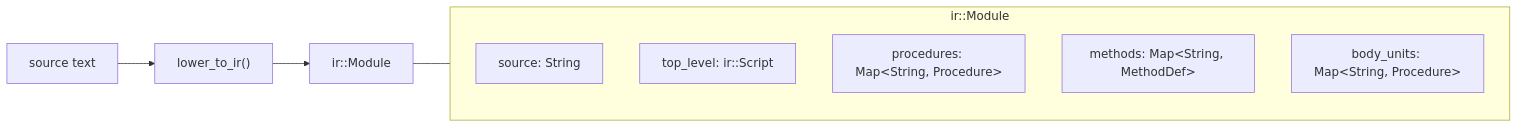
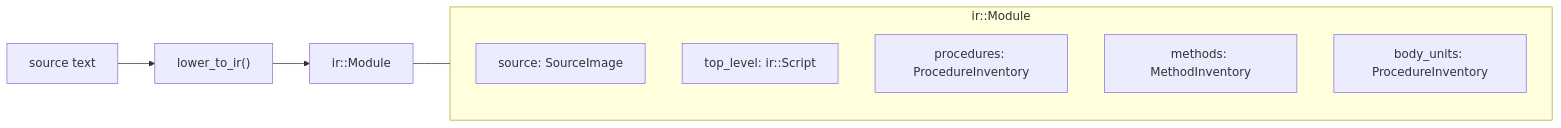
One commit to bitwisecook/tcl-lsp changed the sixth of 20 diagrams in docs/design/compiler/architecture.md. Above: the diagram before and after it, drawn with Mermaid. The commit also changed other lines of this file and 40 other files, not shown here.

````diff
--- a/docs/design/compiler/architecture.md
+++ b/docs/design/compiler/architecture.md
@@ -247,16 +247,16 @@
 ```mermaid
 flowchart LR
     SRC["source text"] --> LOW["lower_to_ir()"]
     LOW --> MOD["ir::Module"]
 
     subgraph ir::Module
         direction TB
-        SO["source: String"]
+        SO["source: SourceImage"]
         TL["top_level: ir::Script"]
-        PD["procedures: Map&lt;String, Procedure&gt;"]
-        ME["methods: Map&lt;String, MethodDef&gt;"]
-        BU["body_units: Map&lt;String, Procedure&gt;"]
+        PD["procedures: ProcedureInventory"]
+        ME["methods: MethodInventory"]
+        BU["body_units: ProcedureInventory"]
     end
 
     MOD --- ir::Module
 ```
````
